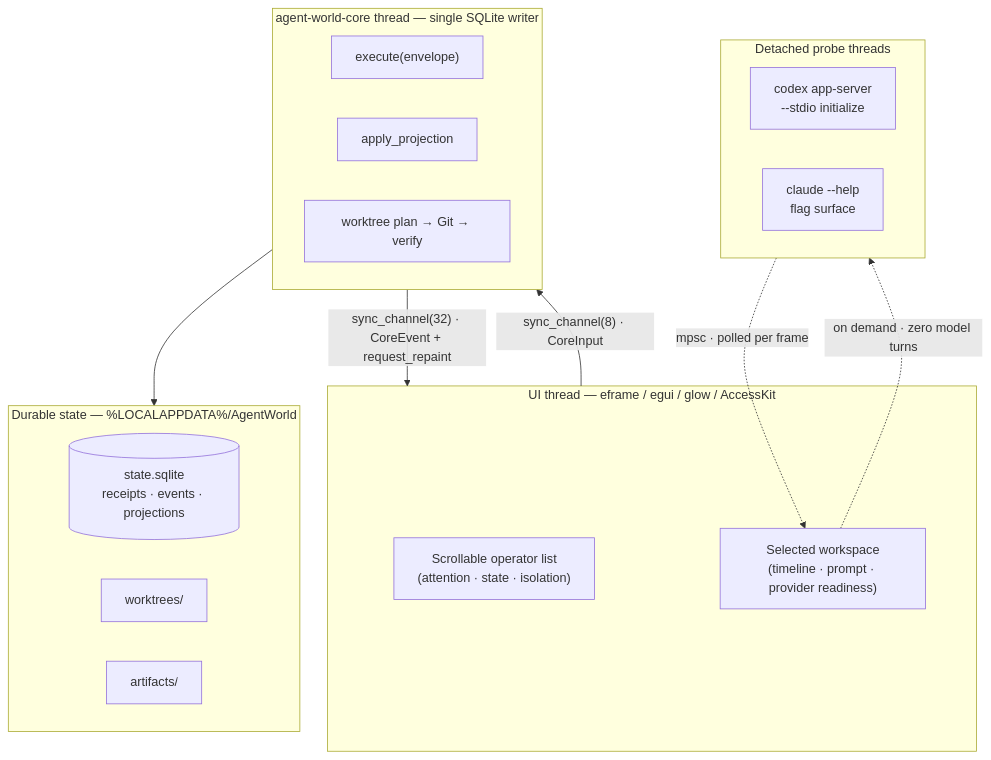
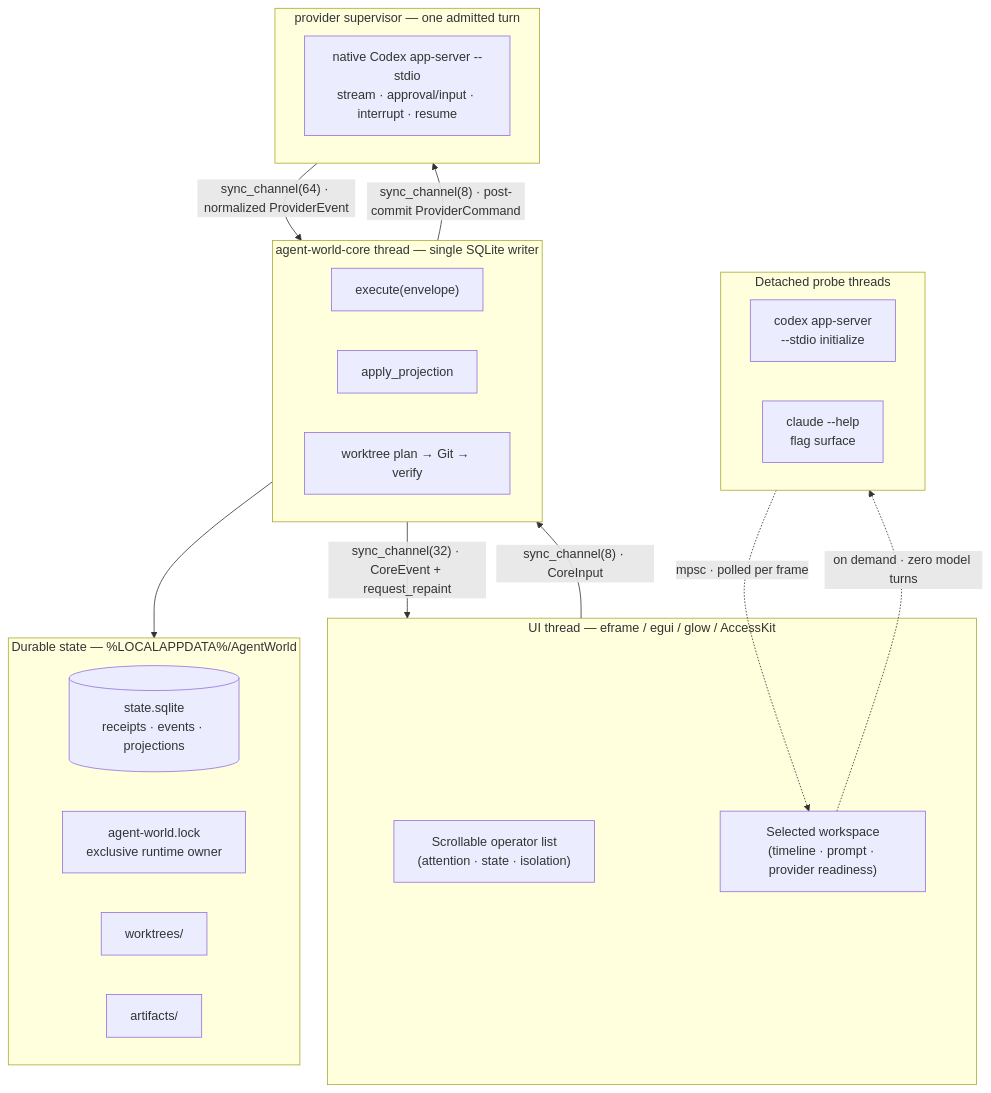
One commit to Viseriontarg/agent-world changed the first of 2 diagrams in docs/ARCHITECTURE.md. Above: the diagram before and after it, drawn with Mermaid. The commit also changed other lines of this file and 15 other files, not shown here.

````diff
--- a/docs/ARCHITECTURE.md
+++ b/docs/ARCHITECTURE.md
@@ -11,30 +12,37 @@
 ```mermaid
 flowchart TB
     subgraph UI["UI thread — eframe / egui / glow / AccessKit"]
         operators["Scrollable operator list<br/>(attention · state · isolation)"]
         workspace["Selected workspace<br/>(timeline · prompt · provider readiness)"]
     end
 
     subgraph CORE["agent-world-core thread — single SQLite writer"]
         exec["execute(envelope)"]
         proj["apply_projection"]
         git["worktree plan → Git → verify"]
     end
 
+    subgraph RUN["provider supervisor — one admitted turn"]
+        codexTurn["native Codex app-server --stdio<br/>stream · approval/input · interrupt · resume"]
+    end
+
     subgraph DUR["Durable state — %LOCALAPPDATA%/AgentWorld"]
         db[("state.sqlite<br/>receipts · events · projections")]
+        lease["agent-world.lock<br/>exclusive runtime owner"]
         wt["worktrees/"]
         art["artifacts/"]
     end
 
     subgraph PROBE["Detached probe threads"]
         codex["codex app-server<br/>--stdio initialize"]
         claude["claude --help<br/>flag surface"]
     end
 
     UI -->|"sync_channel(8) · CoreInput"| CORE
     CORE -->|"sync_channel(32) · CoreEvent + request_repaint"| UI
     CORE --> DUR
+    CORE -->|"sync_channel(8) · post-commit ProviderCommand"| RUN
+    RUN -->|"sync_channel(64) · normalized ProviderEvent"| CORE
     workspace -.->|"on demand · zero model turns"| PROBE
     PROBE -.->|"mpsc · polled per frame"| workspace
 ```
````
